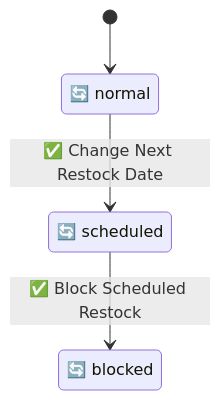
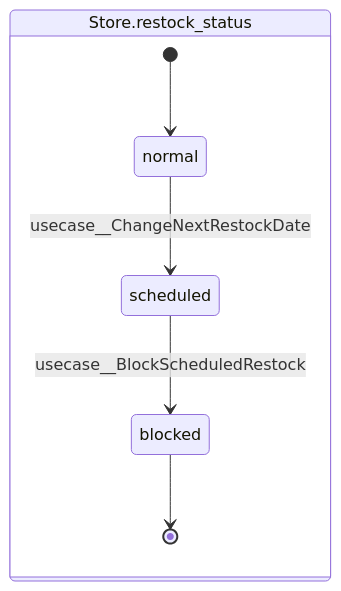
One commit to manji-0/rdra-ish-dsl changed the diagram in samples/incremental-order/step-6-business-rules/out/state.mmd. Above: the diagram before and after it, drawn with Mermaid. The commit also changed 13 other files, not shown here.

```diff
--- a/samples/incremental-order/step-6-business-rules/out/state.mmd
+++ b/samples/incremental-order/step-6-business-rules/out/state.mmd
@@ -1,7 +1,13 @@
+%% rdra-ish diagram=state scope=whole model=samples/incremental-order/step-6-business-rules/src
+%% kinds: statemodel state usecase
+%% omitted: (none)
 stateDiagram-v2
-  [*] --> Store_normal
-  state "🔄 normal" as Store_normal
-  state "🔄 scheduled" as Store_scheduled
-  state "🔄 blocked" as Store_blocked
-  Store_normal --> Store_scheduled : ✅ Change Next Restock Date
-  Store_scheduled --> Store_blocked : ✅ Block Scheduled Restock
+  state "Store.restock_status" as statemodel__Store_restock_status {
+    [*] --> state__Store_normal
+    state "normal" as state__Store_normal
+    state "scheduled" as state__Store_scheduled
+    state "blocked" as state__Store_blocked
+    state__Store_normal --> state__Store_scheduled : usecase__ChangeNextRestockDate
+    state__Store_scheduled --> state__Store_blocked : usecase__BlockScheduledRestock
+    state__Store_blocked --> [*]
+  }
```
